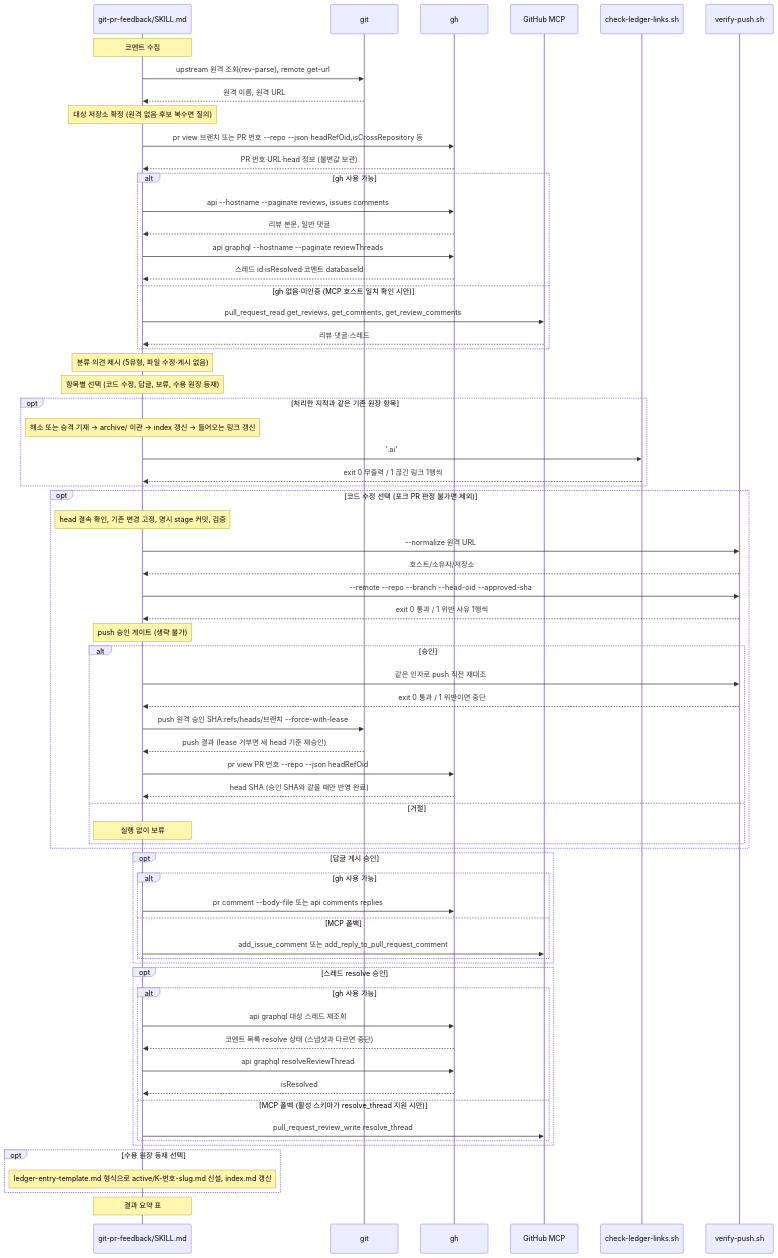
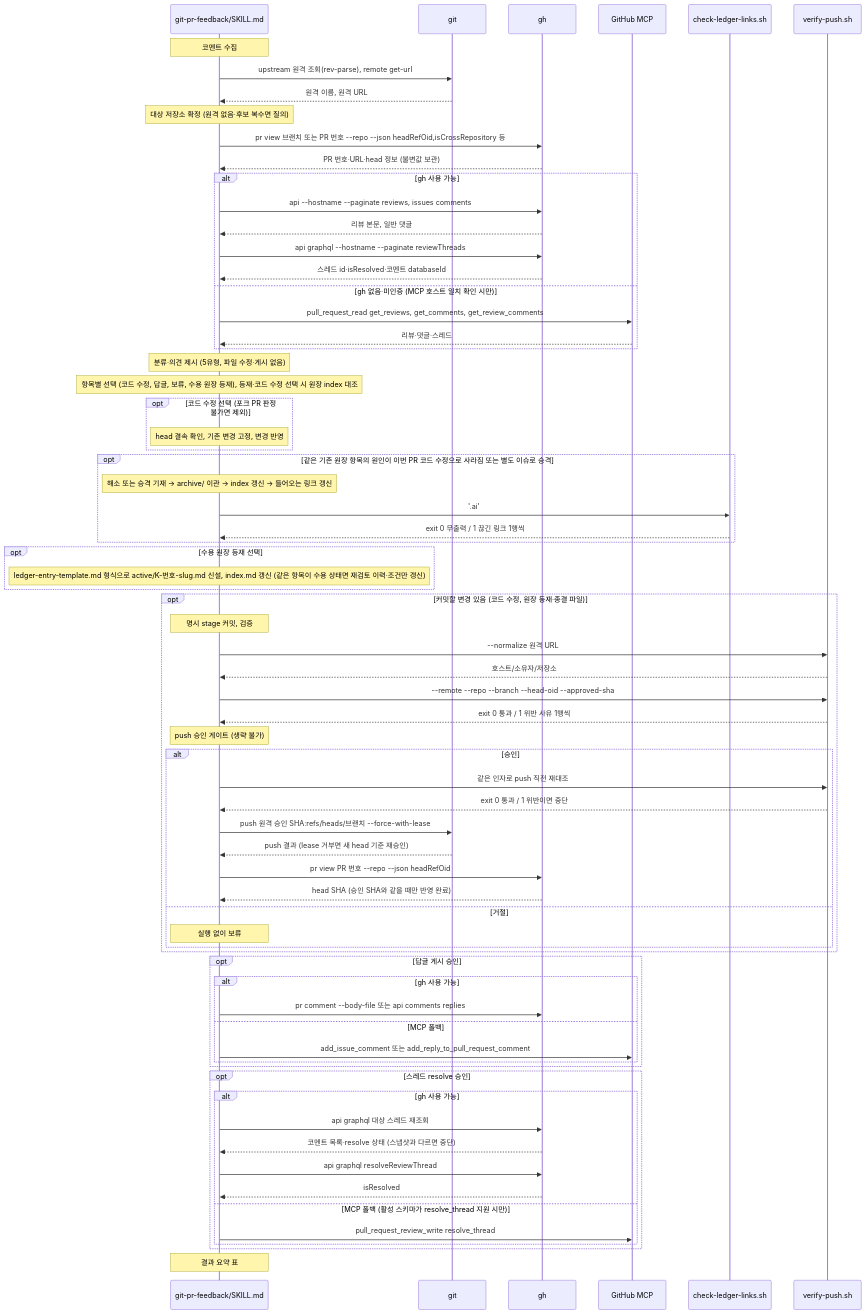
Before and after one commit to scroogy-dev/scroogy-agent-skills: the diagram in .ai/60_codebase/git-pr-feedback/respond-call-flow.md, drawn with Mermaid.

Commit message:
docs: git-pr-feedback 시퀀스 다이어그램에서 원장 종결은 해소·승격 항목만 코드 수정 뒤 커밋 전에 하도록 고침 (#128)

````diff
--- a/.ai/60_codebase/git-pr-feedback/respond-call-flow.md
+++ b/.ai/60_codebase/git-pr-feedback/respond-call-flow.md
@@ -41,71 +41,74 @@
 ```mermaid
 sequenceDiagram
     participant SK as git-pr-feedback/SKILL.md
     participant GIT as git
     participant GH as gh
     participant MCP as GitHub MCP
     participant CL as check-ledger-links.sh
     participant VP as verify-push.sh
 
     Note over SK: 코멘트 수집
     SK->>GIT: upstream 원격 조회(rev-parse), remote get-url
     GIT-->>SK: 원격 이름, 원격 URL
     Note over SK: 대상 저장소 확정 (원격 없음·후보 복수면 질의)
     SK->>GH: pr view 브랜치 또는 PR 번호 --repo --json headRefOid,isCrossRepository 등
     GH-->>SK: PR 번호·URL·head 정보 (불변값 보관)
     alt gh 사용 가능
         SK->>GH: api --hostname --paginate reviews, issues comments
         GH-->>SK: 리뷰 본문, 일반 댓글
         SK->>GH: api graphql --hostname --paginate reviewThreads
         GH-->>SK: 스레드 id·isResolved·코멘트 databaseId
     else gh 없음·미인증 (MCP 호스트 일치 확인 시만)
         SK->>MCP: pull_request_read get_reviews, get_comments, get_review_comments
         MCP-->>SK: 리뷰·댓글·스레드
     end
     Note over SK: 분류·의견 제시 (5유형, 파일 수정·게시 없음)
-    Note over SK: 항목별 선택 (코드 수정, 답글, 보류, 수용 원장 등재)
-    opt 처리한 지적과 같은 기존 원장 항목
+    Note over SK: 항목별 선택 (코드 수정, 답글, 보류, 수용 원장 등재), 등재·코드 수정 선택 시 원장 index 대조
+    opt 코드 수정 선택 (포크 PR 판정 불가면 제외)
+        Note over SK: head 결속 확인, 기존 변경 고정, 변경 반영
+    end
+    opt 같은 기존 원장 항목의 원인이 이번 PR 코드 수정으로 사라짐 또는 별도 이슈로 승격
         Note over SK: 해소 또는 승격 기재 → archive/ 이관 → index 갱신 → 들어오는 링크 갱신
         SK->>CL: '.ai'
         CL-->>SK: exit 0 무출력 / 1 끊긴 링크 1행씩
     end
-    opt 코드 수정 선택 (포크 PR 판정 불가면 제외)
-        Note over SK: head 결속 확인, 기존 변경 고정, 명시 stage 커밋, 검증
+    opt 수용 원장 등재 선택
+        Note over SK: ledger-entry-template.md 형식으로 active/K-번호-slug.md 신설, index.md 갱신 (같은 항목이 수용 상태면 재검토 이력·조건만 갱신)
+    end
+    opt 커밋할 변경 있음 (코드 수정, 원장 등재·종결 파일)
+        Note over SK: 명시 stage 커밋, 검증
         SK->>VP: --normalize 원격 URL
         VP-->>SK: 호스트/소유자/저장소
         SK->>VP: --remote --repo --branch --head-oid --approved-sha
         VP-->>SK: exit 0 통과 / 1 위반 사유 1행씩
         Note over SK: push 승인 게이트 (생략 불가)
         alt 승인
             SK->>VP: 같은 인자로 push 직전 재대조
             VP-->>SK: exit 0 통과 / 1 위반이면 중단
             SK->>GIT: push 원격 승인 SHA:refs/heads/브랜치 --force-with-lease
             GIT-->>SK: push 결과 (lease 거부면 새 head 기준 재승인)
             SK->>GH: pr view PR 번호 --repo --json headRefOid
             GH-->>SK: head SHA (승인 SHA와 같을 때만 반영 완료)
         else 거절
             Note over SK: 실행 없이 보류
         end
     end
     opt 답글 게시 승인
         alt gh 사용 가능
             SK->>GH: pr comment --body-file 또는 api comments replies
         else MCP 폴백
             SK->>MCP: add_issue_comment 또는 add_reply_to_pull_request_comment
         end
     end
     opt 스레드 resolve 승인
         alt gh 사용 가능
             SK->>GH: api graphql 대상 스레드 재조회
             GH-->>SK: 코멘트 목록·resolve 상태 (스냅샷과 다르면 중단)
             SK->>GH: api graphql resolveReviewThread
             GH-->>SK: isResolved
         else MCP 폴백 (활성 스키마가 resolve_thread 지원 시만)
             SK->>MCP: pull_request_review_write resolve_thread
         end
     end
-    opt 수용 원장 등재 선택
-        Note over SK: ledger-entry-template.md 형식으로 active/K-번호-slug.md 신설, index.md 갱신
-    end
     Note over SK: 결과 요약 표
 ```
````
